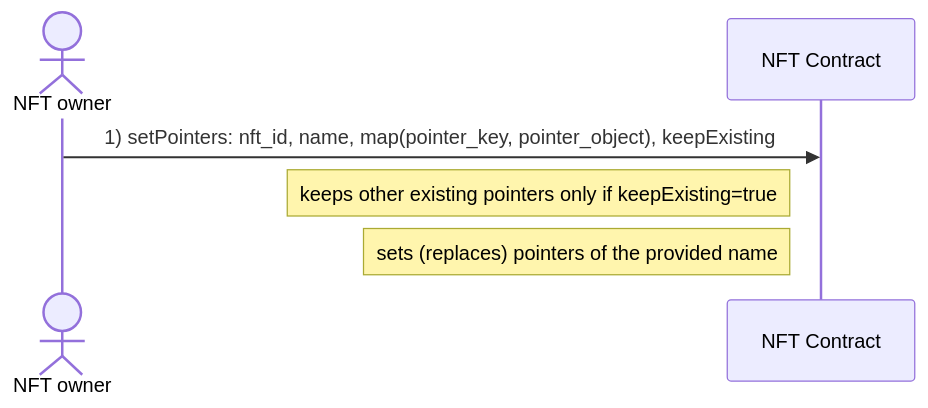
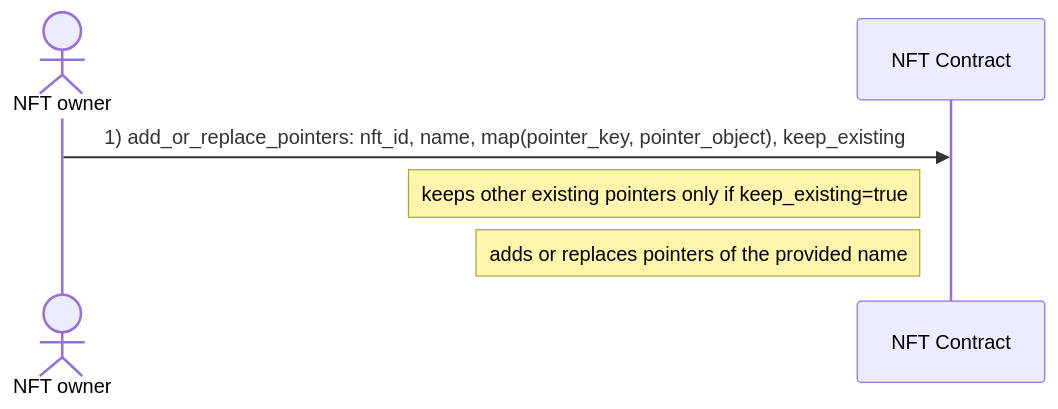
One commit to marc0olo/aens-nfts changed the second of 5 diagrams in docs/diagrams/update_pointers.md. Above: the diagram before and after it, drawn with Mermaid. The commit also changed other lines of this file and 17 other files, not shown here.

````diff
--- a/docs/diagrams/update_pointers.md
+++ b/docs/diagrams/update_pointers.md
@@ -13,7 +13,7 @@
 ```mermaid
 sequenceDiagram
     actor NFT owner
-    NFT owner ->> NFT Contract: 1) setPointers: nft_id, name, map(pointer_key, pointer_object), keepExisting
-    Note left of NFT Contract: keeps other existing pointers only if keepExisting=true
-    Note left of NFT Contract: sets (replaces) pointers of the provided name
+    NFT owner ->> NFT Contract: 1) add_or_replace_pointers: nft_id, name, map(pointer_key, pointer_object), keep_existing
+    Note left of NFT Contract: keeps other existing pointers only if keep_existing=true
+    Note left of NFT Contract: adds or replaces pointers of the provided name
 ```
````
